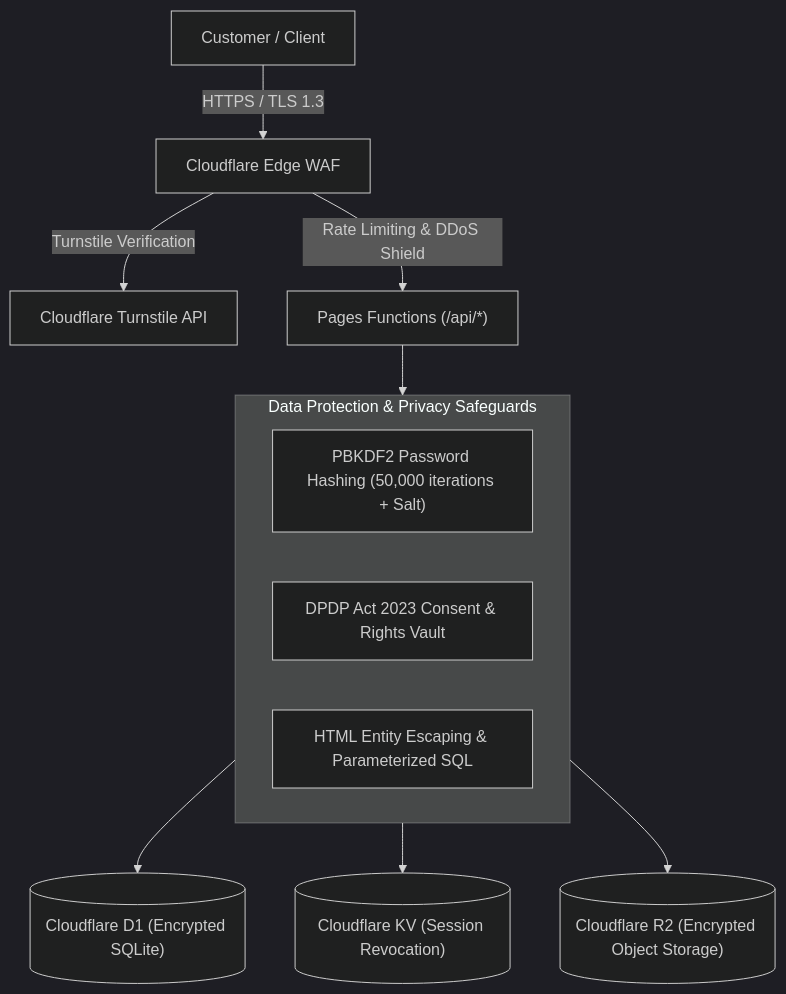
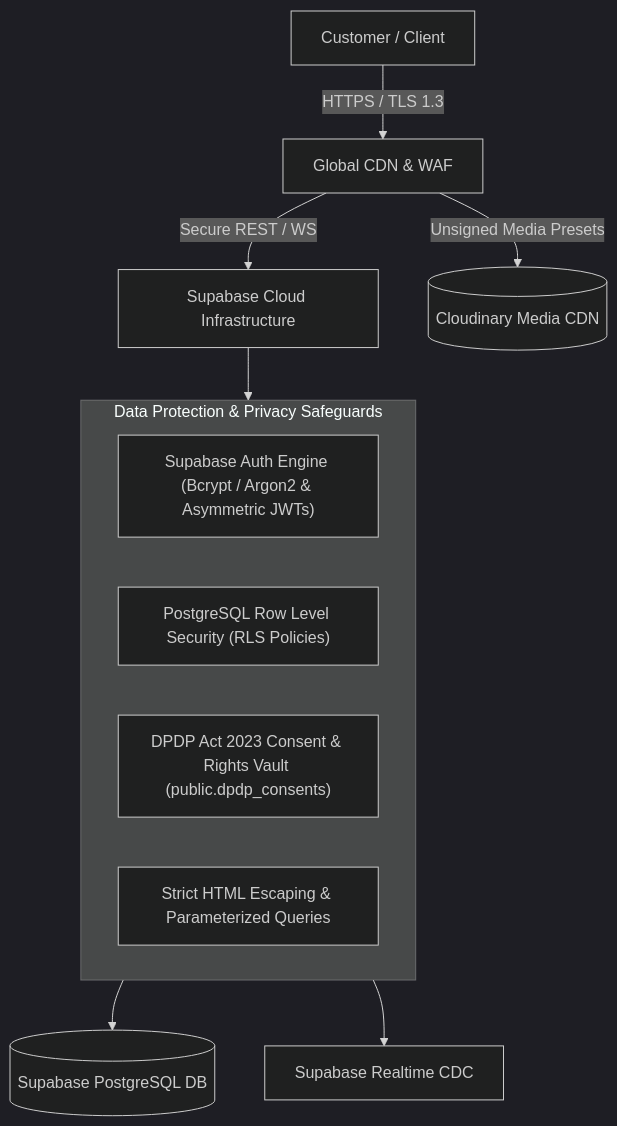
One commit to abhieee-java/vistara-krafts changed the diagram in security.md. Above: the diagram before and after it, drawn with Mermaid (dark theme). The commit also changed other lines of this file and 28 other files, not shown here.

First line of the commit message:
feat(architecture): complete migration to Supabase (PostgreSQL 15+ & Auth) and Cloudinary storage

````diff
--- a/security.md
+++ b/security.md
@@ -12,17 +13,17 @@
 ```mermaid
 graph TD
-    User["Customer / Client"] -->|"HTTPS / TLS 1.3"| Edge["Cloudflare Edge WAF"]
-    Edge -->|"Turnstile Verification"| Turnstile["Cloudflare Turnstile API"]
-    Edge -->|"Rate Limiting & DDoS Shield"| Functions["Pages Functions (/api/*)"]
+    User["Customer / Client"] -->|"HTTPS / TLS 1.3"| CDN["Global CDN & WAF"]
+    CDN -->|"Secure REST / WS"| Supabase["Supabase Cloud Infrastructure"]
     
     subgraph DataProtection["Data Protection & Privacy Safeguards"]
-        PBKDF2["PBKDF2 Password Hashing (50,000 iterations + Salt)"]
-        DPDP["DPDP Act 2023 Consent & Rights Vault"]
-        Sanitize["HTML Entity Escaping & Parameterized SQL"]
+        Auth["Supabase Auth Engine (Bcrypt / Argon2 & Asymmetric JWTs)"]
+        RLS["PostgreSQL Row Level Security (RLS Policies)"]
+        DPDP["DPDP Act 2023 Consent & Rights Vault (public.dpdp_consents)"]
+        Sanitize["Strict HTML Escaping & Parameterized Queries"]
     end
 
-    Functions --> DataProtection
-    DataProtection --> D1[("Cloudflare D1 (Encrypted SQLite)")]
-    DataProtection --> KV[("Cloudflare KV (Session Revocation)")]
-    DataProtection --> R2[("Cloudflare R2 (Encrypted Object Storage)")]
+    Supabase --> DataProtection
+    DataProtection --> Postgres[("Supabase PostgreSQL DB")]
+    DataProtection --> Realtime["Supabase Realtime CDC"]
+    CDN -->|"Unsigned Media Presets"| Cloudinary[("Cloudinary Media CDN")]
 ```
````
